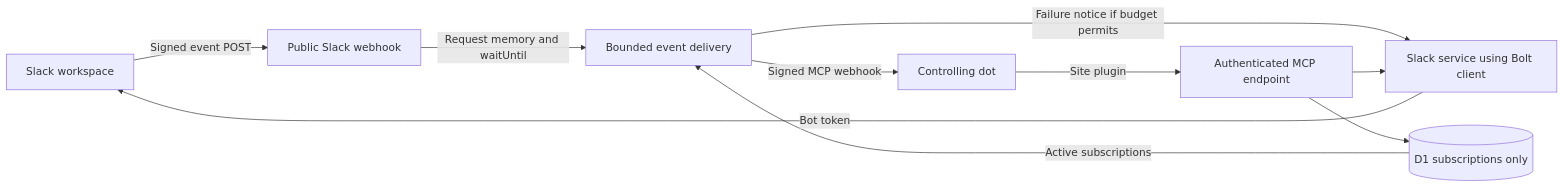
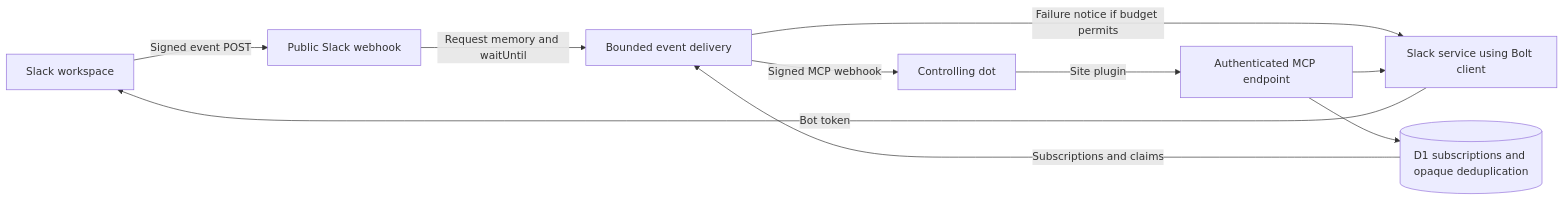
One commit to evansumarosenberg/SlackDot changed the diagram in plans/specification.md. Above: the diagram before and after it, drawn with Mermaid. The commit also changed other lines of this file and 18 other files, not shown here.

Commit message:
Add bounded event delivery deduplication

````diff
--- a/plans/specification.md
+++ b/plans/specification.md
@@ -126,12 +126,12 @@
 ```mermaid
 flowchart LR
     Slack[Slack workspace] -->|Signed event POST| Ingress[Public Slack webhook]
     Ingress -->|Request memory and waitUntil| Delivery[Bounded event delivery]
-    DB[(D1 subscriptions only)] -->|Active subscriptions| Delivery
+    DB[(D1 subscriptions and opaque deduplication)] -->|Subscriptions and claims| Delivery
     Delivery -->|Signed MCP webhook| Dot[Controlling dot]
     Delivery -->|Failure notice if budget permits| Service
     Dot -->|Site plugin| MCP[Authenticated MCP endpoint]
     MCP --> Service[Slack service using Bolt client]
     Service -->|Bot token| Slack
     MCP --> DB
 ```
````
